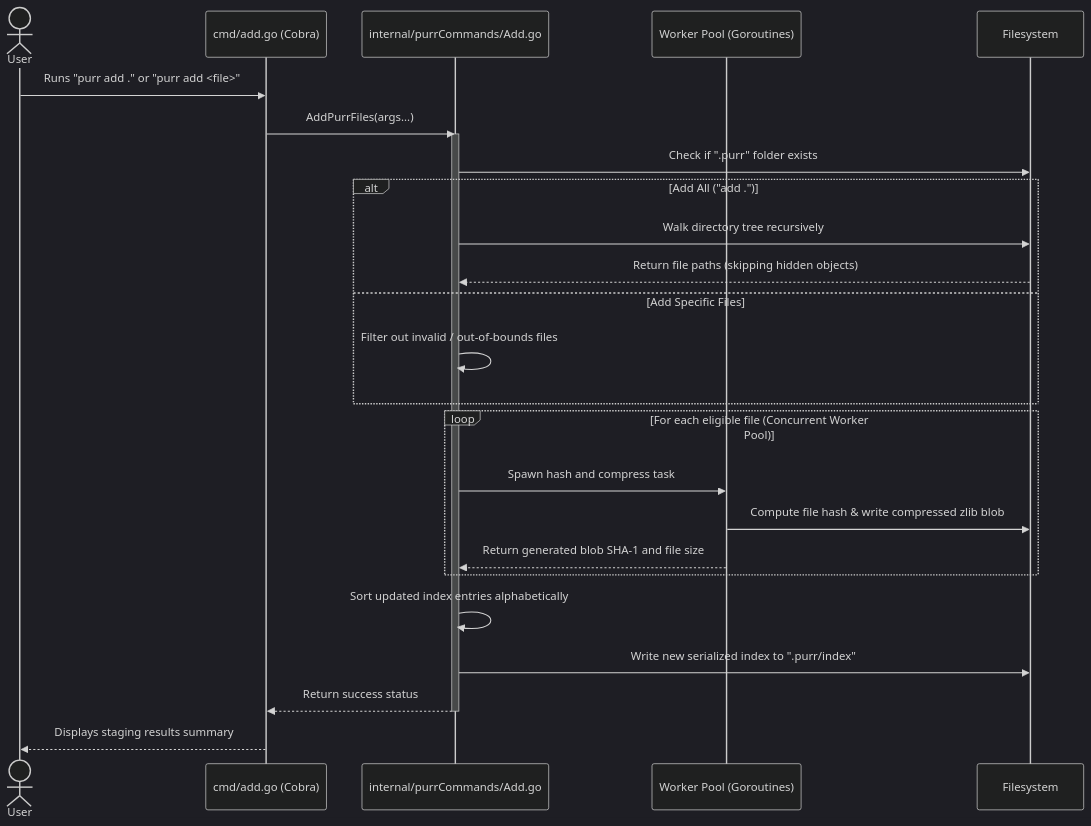
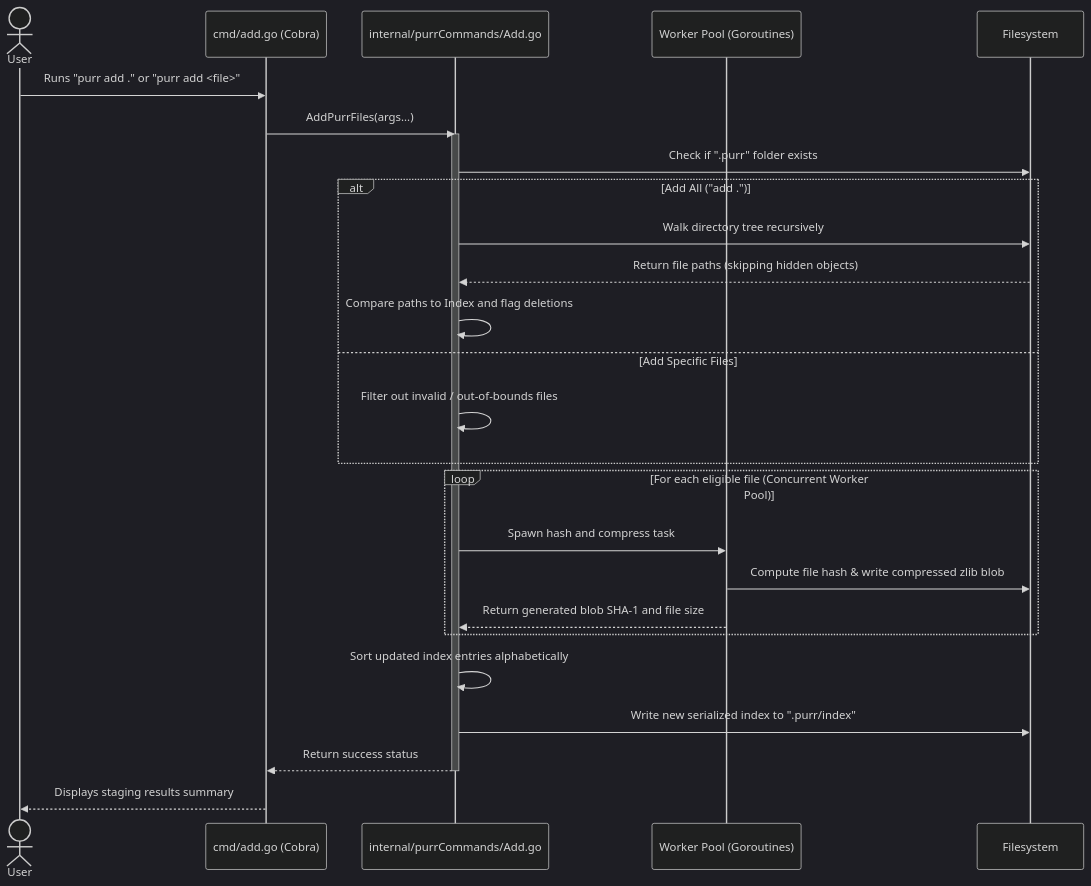
Before and after one commit to TheRealShek/persephone: the fifth of 6 diagrams in Docs/ARCHITECTURE.md, drawn with Mermaid (dark theme). The commit also changed other lines of this file and 6 other files, not shown here.

````diff
--- a/Docs/ARCHITECTURE.md
+++ b/Docs/ARCHITECTURE.md
@@ -350,34 +350,35 @@
 ```mermaid
 sequenceDiagram
     actor User
     participant CLI as cmd/add.go (Cobra)
     participant Core as internal/purrCommands/Add.go
     participant WP as Worker Pool (Goroutines)
     participant OS as Filesystem
 
     User->>CLI: Runs "purr add ." or "purr add <file>"
     CLI->>Core: AddPurrFiles(args...)
 
     activate Core
     Core->>OS: Check if ".purr" folder exists
 
     alt Add All ("add .")
         Core->>OS: Walk directory tree recursively
         OS-->>Core: Return file paths (skipping hidden objects)
+        Core->>Core: Compare paths to Index and flag deletions
     else Add Specific Files
         Core->>Core: Filter out invalid / out-of-bounds files
     end
 
     loop For each eligible file (Concurrent Worker Pool)
         Core->>WP: Spawn hash and compress task
         WP->>OS: Compute file hash & write compressed zlib blob
         WP-->>Core: Return generated blob SHA-1 and file size
     end
 
     Core->>Core: Sort updated index entries alphabetically
     Core->>OS: Write new serialized index to ".purr/index"
 
     Core-->>CLI: Return success status
     deactivate Core
     CLI-->>User: Displays staging results summary
 ```
````
